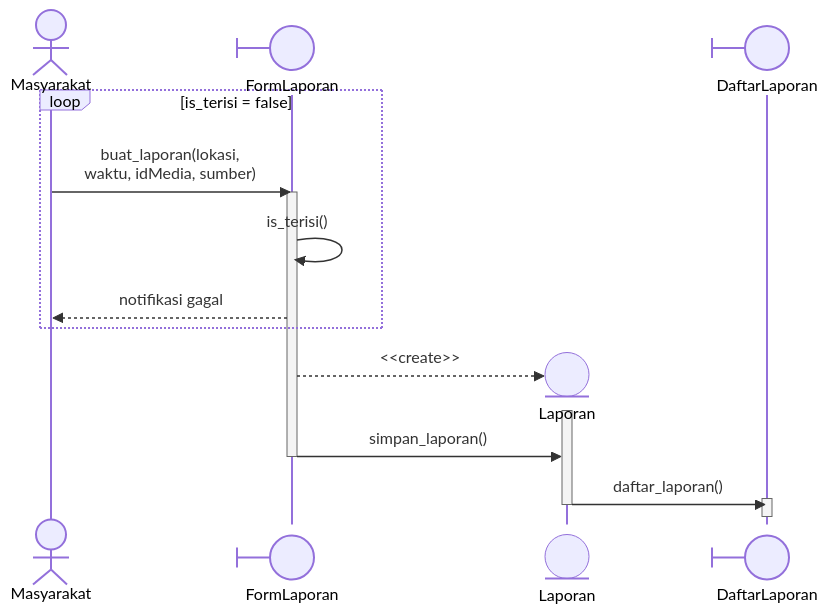
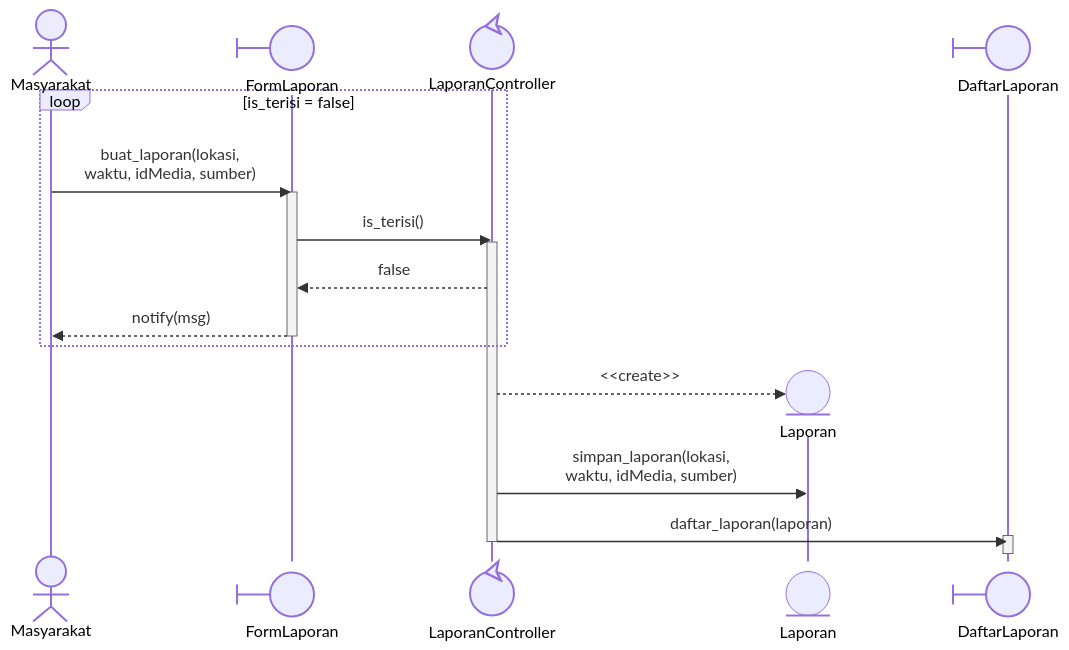
Before and after one commit to star-scripter/IF2150-RPL-K03-G02: the fifth of 6 diagrams in docs/M7/K03_G02_DPPL.md, drawn with Mermaid. The commit also changed other lines of this file, not shown here.

````diff
--- a/docs/M7/K03_G02_DPPL.md
+++ b/docs/M7/K03_G02_DPPL.md
@@ -364,25 +372,27 @@
 ```mermaid
 %%{init: {'themeCSS': '.actor-line { stroke-dasharray: 4, 4; }'}}%%
 sequenceDiagram
     actor M as Masyarakat;
     participant FL@{"type":"boundary"} as FormLaporan;
+    participant LC@{"type":"control"} as LaporanController
 
     loop is_terisi = false
         M->>FL: buat_laporan(lokasi, <br/>waktu, idMedia, sumber);
         activate FL;
-        FL->>FL: is_terisi()
-        FL-->>M: notifikasi gagal
+        FL->>LC: is_terisi()
+        activate LC;
+        LC-->>FL: false
+        FL-->>M: notify(msg)
+        deactivate FL;
     end
     
     create participant L@{"type":"entity"} as Laporan;
-    FL-->>L: <<create>>
-    activate L;
-    FL->>L: simpan_laporan()
-    deactivate FL;
+    LC-->>L: <<create>>
+    LC->>L: simpan_laporan(lokasi, <br/>waktu, idMedia, sumber)
     
     participant DL@{"type":"boundary"} as DaftarLaporan;
-    L->>DL: daftar_laporan()
+    LC->>DL: daftar_laporan(laporan)
     activate DL;
-    deactivate L;
     deactivate DL;
+    deactivate LC;
 ```
````
